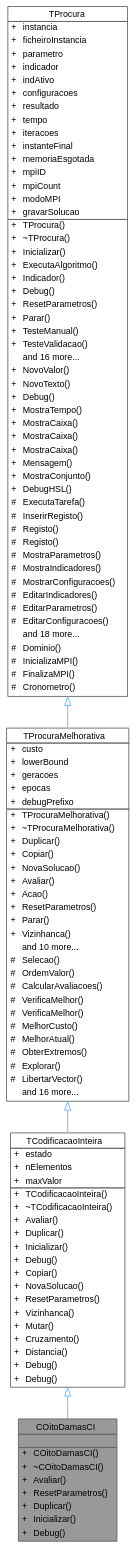
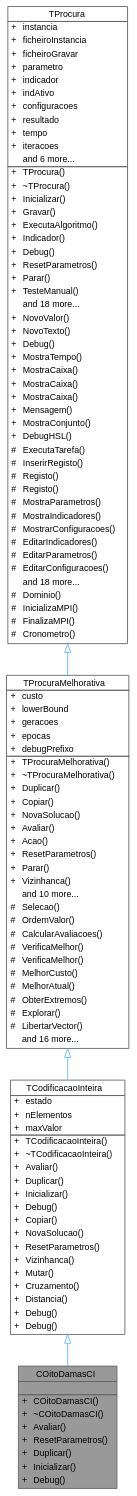
The diagram in classCOitoDamasCI__inherit__graph.dot (jcoelho72/TProcura), drawn with Graphviz before and after one commit. The commit also changed 335 other files, not shown here.

```diff
--- a/classCOitoDamasCI__inherit__graph.dot
+++ b/classCOitoDamasCI__inherit__graph.dot
@@ -79,6 +79,7 @@
 <HR/>
 <TR><TD VALIGN="top" CELLPADDING="1" CELLSPACING="0">+</TD><TD VALIGN="top" ALIGN="LEFT" CELLPADDING="1" CELLSPACING="0">instancia<BR ALIGN="LEFT"/></TD></TR>
 <TR><TD VALIGN="top" CELLPADDING="1" CELLSPACING="0">+</TD><TD VALIGN="top" ALIGN="LEFT" CELLPADDING="1" CELLSPACING="0">ficheiroInstancia<BR ALIGN="LEFT"/></TD></TR>
+<TR><TD VALIGN="top" CELLPADDING="1" CELLSPACING="0">+</TD><TD VALIGN="top" ALIGN="LEFT" CELLPADDING="1" CELLSPACING="0">ficheiroGravar<BR ALIGN="LEFT"/></TD></TR>
 <TR><TD VALIGN="top" CELLPADDING="1" CELLSPACING="0">+</TD><TD VALIGN="top" ALIGN="LEFT" CELLPADDING="1" CELLSPACING="0">parametro<BR ALIGN="LEFT"/></TD></TR>
 <TR><TD VALIGN="top" CELLPADDING="1" CELLSPACING="0">+</TD><TD VALIGN="top" ALIGN="LEFT" CELLPADDING="1" CELLSPACING="0">indicador<BR ALIGN="LEFT"/></TD></TR>
 <TR><TD VALIGN="top" CELLPADDING="1" CELLSPACING="0">+</TD><TD VALIGN="top" ALIGN="LEFT" CELLPADDING="1" CELLSPACING="0">indAtivo<BR ALIGN="LEFT"/></TD></TR>
@@ -86,24 +87,19 @@
 <TR><TD VALIGN="top" CELLPADDING="1" CELLSPACING="0">+</TD><TD VALIGN="top" ALIGN="LEFT" CELLPADDING="1" CELLSPACING="0">resultado<BR ALIGN="LEFT"/></TD></TR>
 <TR><TD VALIGN="top" CELLPADDING="1" CELLSPACING="0">+</TD><TD VALIGN="top" ALIGN="LEFT" CELLPADDING="1" CELLSPACING="0">tempo<BR ALIGN="LEFT"/></TD></TR>
 <TR><TD VALIGN="top" CELLPADDING="1" CELLSPACING="0">+</TD><TD VALIGN="top" ALIGN="LEFT" CELLPADDING="1" CELLSPACING="0">iteracoes<BR ALIGN="LEFT"/></TD></TR>
-<TR><TD VALIGN="top" CELLPADDING="1" CELLSPACING="0">+</TD><TD VALIGN="top" ALIGN="LEFT" CELLPADDING="1" CELLSPACING="0">instanteFinal<BR ALIGN="LEFT"/></TD></TR>
-<TR><TD VALIGN="top" CELLPADDING="1" CELLSPACING="0">+</TD><TD VALIGN="top" ALIGN="LEFT" CELLPADDING="1" CELLSPACING="0">memoriaEsgotada<BR ALIGN="LEFT"/></TD></TR>
-<TR><TD VALIGN="top" CELLPADDING="1" CELLSPACING="0">+</TD><TD VALIGN="top" ALIGN="LEFT" CELLPADDING="1" CELLSPACING="0">mpiID<BR ALIGN="LEFT"/></TD></TR>
-<TR><TD VALIGN="top" CELLPADDING="1" CELLSPACING="0">+</TD><TD VALIGN="top" ALIGN="LEFT" CELLPADDING="1" CELLSPACING="0">mpiCount<BR ALIGN="LEFT"/></TD></TR>
-<TR><TD VALIGN="top" CELLPADDING="1" CELLSPACING="0">+</TD><TD VALIGN="top" ALIGN="LEFT" CELLPADDING="1" CELLSPACING="0">modoMPI<BR ALIGN="LEFT"/></TD></TR>
-<TR><TD VALIGN="top" CELLPADDING="1" CELLSPACING="0">+</TD><TD VALIGN="top" ALIGN="LEFT" CELLPADDING="1" CELLSPACING="0">gravarSolucao<BR ALIGN="LEFT"/></TD></TR>
+<TR><TD VALIGN="top" CELLPADDING="1" CELLSPACING="0"></TD><TD VALIGN="top" ALIGN="LEFT" CELLPADDING="1" CELLSPACING="0">and 6 more...</TD></TR>
 <HR/>
 <TR><TD VALIGN="top" CELLPADDING="1" CELLSPACING="0">+</TD><TD VALIGN="top" ALIGN="LEFT" CELLPADDING="1" CELLSPACING="0">TProcura()<BR ALIGN="LEFT"/></TD></TR>
 <TR><TD VALIGN="top" CELLPADDING="1" CELLSPACING="0">+</TD><TD VALIGN="top" ALIGN="LEFT" CELLPADDING="1" CELLSPACING="0">~TProcura()<BR ALIGN="LEFT"/></TD></TR>
 <TR><TD VALIGN="top" CELLPADDING="1" CELLSPACING="0">+</TD><TD VALIGN="top" ALIGN="LEFT" CELLPADDING="1" CELLSPACING="0">Inicializar()<BR ALIGN="LEFT"/></TD></TR>
+<TR><TD VALIGN="top" CELLPADDING="1" CELLSPACING="0">+</TD><TD VALIGN="top" ALIGN="LEFT" CELLPADDING="1" CELLSPACING="0">Gravar()<BR ALIGN="LEFT"/></TD></TR>
 <TR><TD VALIGN="top" CELLPADDING="1" CELLSPACING="0">+</TD><TD VALIGN="top" ALIGN="LEFT" CELLPADDING="1" CELLSPACING="0">ExecutaAlgoritmo()<BR ALIGN="LEFT"/></TD></TR>
 <TR><TD VALIGN="top" CELLPADDING="1" CELLSPACING="0">+</TD><TD VALIGN="top" ALIGN="LEFT" CELLPADDING="1" CELLSPACING="0">Indicador()<BR ALIGN="LEFT"/></TD></TR>
 <TR><TD VALIGN="top" CELLPADDING="1" CELLSPACING="0">+</TD><TD VALIGN="top" ALIGN="LEFT" CELLPADDING="1" CELLSPACING="0">Debug()<BR ALIGN="LEFT"/></TD></TR>
 <TR><TD VALIGN="top" CELLPADDING="1" CELLSPACING="0">+</TD><TD VALIGN="top" ALIGN="LEFT" CELLPADDING="1" CELLSPACING="0">ResetParametros()<BR ALIGN="LEFT"/></TD></TR>
 <TR><TD VALIGN="top" CELLPADDING="1" CELLSPACING="0">+</TD><TD VALIGN="top" ALIGN="LEFT" CELLPADDING="1" CELLSPACING="0">Parar()<BR ALIGN="LEFT"/></TD></TR>
 <TR><TD VALIGN="top" CELLPADDING="1" CELLSPACING="0">+</TD><TD VALIGN="top" ALIGN="LEFT" CELLPADDING="1" CELLSPACING="0">TesteManual()<BR ALIGN="LEFT"/></TD></TR>
-<TR><TD VALIGN="top" CELLPADDING="1" CELLSPACING="0">+</TD><TD VALIGN="top" ALIGN="LEFT" CELLPADDING="1" CELLSPACING="0">TesteValidacao()<BR ALIGN="LEFT"/></TD></TR>
-<TR><TD VALIGN="top" CELLPADDING="1" CELLSPACING="0"></TD><TD VALIGN="top" ALIGN="LEFT" CELLPADDING="1" CELLSPACING="0">and 16 more...</TD></TR>
+<TR><TD VALIGN="top" CELLPADDING="1" CELLSPACING="0"></TD><TD VALIGN="top" ALIGN="LEFT" CELLPADDING="1" CELLSPACING="0">and 18 more...</TD></TR>
 <TR><TD VALIGN="top" CELLPADDING="1" CELLSPACING="0">+</TD><TD VALIGN="top" ALIGN="LEFT" CELLPADDING="1" CELLSPACING="0">NovoValor()<BR ALIGN="LEFT"/></TD></TR>
 <TR><TD VALIGN="top" CELLPADDING="1" CELLSPACING="0">+</TD><TD VALIGN="top" ALIGN="LEFT" CELLPADDING="1" CELLSPACING="0">NovoTexto()<BR ALIGN="LEFT"/></TD></TR>
 <TR><TD VALIGN="top" CELLPADDING="1" CELLSPACING="0">+</TD><TD VALIGN="top" ALIGN="LEFT" CELLPADDING="1" CELLSPACING="0">Debug()<BR ALIGN="LEFT"/></TD></TR>
```
